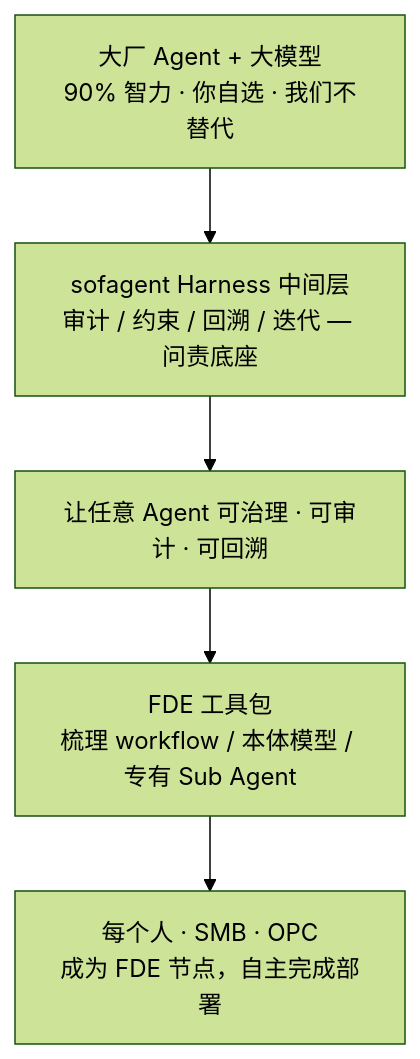
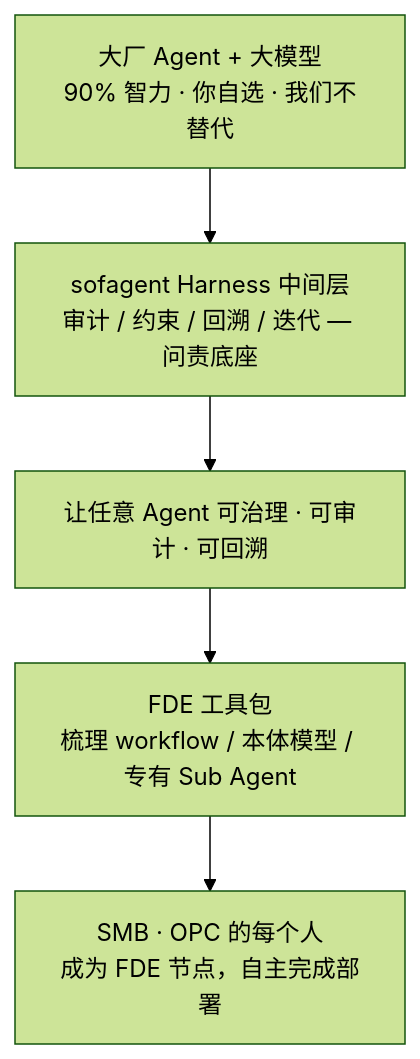
The diagram in FDE/FDE.md (KongFangXun/sofagent), drawn with Mermaid (forest theme) before and after one commit. The commit also changed other lines of this file and 4 other files, not shown here.

First line of the commit message:
docs: 统一开源赋能定位与电梯陈述，合并 SMB/OPC 受众口径

````diff
--- a/FDE/FDE.md
+++ b/FDE/FDE.md
@@ -49,7 +49,7 @@
 ```mermaid
 graph TD
     A[大厂 Agent + 大模型<br/>90% 智力 · 你自选 · 我们不替代] --> B[sofagent Harness 中间层<br/>审计 / 约束 / 回溯 / 迭代 — 问责底座]
     B --> C[让任意 Agent 可治理 · 可审计 · 可回溯]
     C --> D[FDE 工具包<br/>梳理 workflow / 本体模型 / 专有 Sub Agent]
-    D --> E[每个人 · SMB · OPC<br/>成为 FDE 节点，自主完成部署]
+    D --> E[SMB · OPC 的每个人<br/>成为 FDE 节点，自主完成部署]
 ```
````
